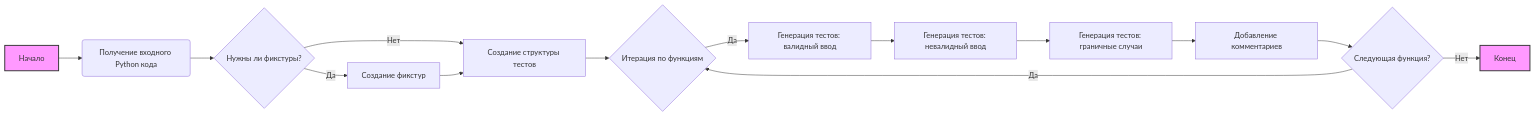
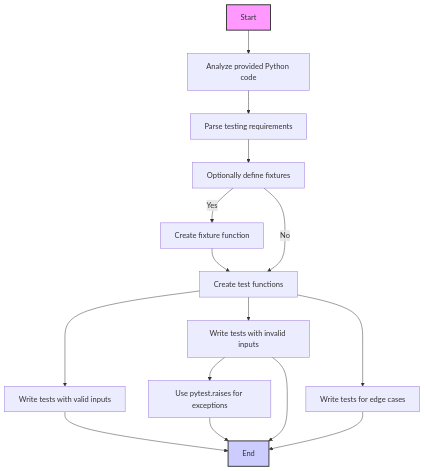
The diagram in docs/gemini/ru/explainer/src/endpoints/hypo69/code_assistant/instructions/instruction_pytest_en.md.md (hypo69/hypo), drawn with Mermaid before and after one commit. The commit also changed other lines of this file and 98 other files, not shown here.

````diff
--- a/docs/gemini/ru/explainer/src/endpoints/hypo69/code_assistant/instructions/instruction_pytest_en.md.md
+++ b/docs/gemini/ru/explainer/src/endpoints/hypo69/code_assistant/instructions/instruction_pytest_en.md.md
@@ -53,19 +38,21 @@
 ```mermaid
-graph LR
-    A[Начало] --> B(Получение входного Python кода);
-    B --> C{Нужны ли фикстуры?};
-    C -- Да --> D[Создание фикстур];
-    C -- Нет --> E[Создание структуры тестов];
-    D --> E;
-    E --> F{Итерация по функциям};
-    F -- Да --> G[Генерация тестов: валидный ввод];
-    G --> H[Генерация тестов: невалидный ввод];
-    H --> I[Генерация тестов: граничные случаи];
-    I --> J[Добавление комментариев];
-    J --> K{Следующая функция?};
-     K -- Да --> F
-    K -- Нет --> L[Конец];
+flowchart TD
+    Start[Start] --> AnalyzeCode[Analyze provided Python code];
+    AnalyzeCode --> ParseRequirements[Parse testing requirements];
+    ParseRequirements --> OptionFixture[Optionally define fixtures];
+    OptionFixture -- Yes --> CreateFixture[Create fixture function];
+    OptionFixture -- No --> CreateTestFunc[Create test functions];
+     CreateFixture --> CreateTestFunc
+    CreateTestFunc --> ValidInputTest[Write tests with valid inputs];
+    CreateTestFunc --> InvalidInputTest[Write tests with invalid inputs];
+    CreateTestFunc --> EdgeCaseTest[Write tests for edge cases];
+    InvalidInputTest --> ExceptionTest[Use pytest.raises for exceptions];
+    ValidInputTest --> End[End];
+    InvalidInputTest --> End;
+    EdgeCaseTest --> End;
+    ExceptionTest --> End;
+
+    style Start fill:#f9f,stroke:#333,stroke-width:2px
+    style End fill:#ccf,stroke:#333,stroke-width:2px
     
-    style A fill:#f9f,stroke:#333,stroke-width:2px
-    style L fill:#f9f,stroke:#333,stroke-width:2px
 ```
````
